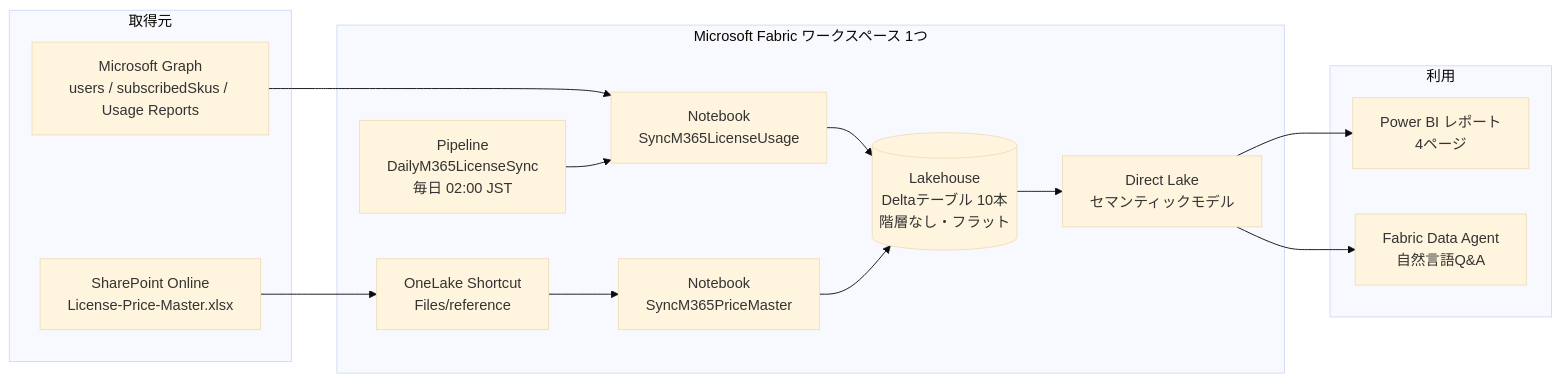
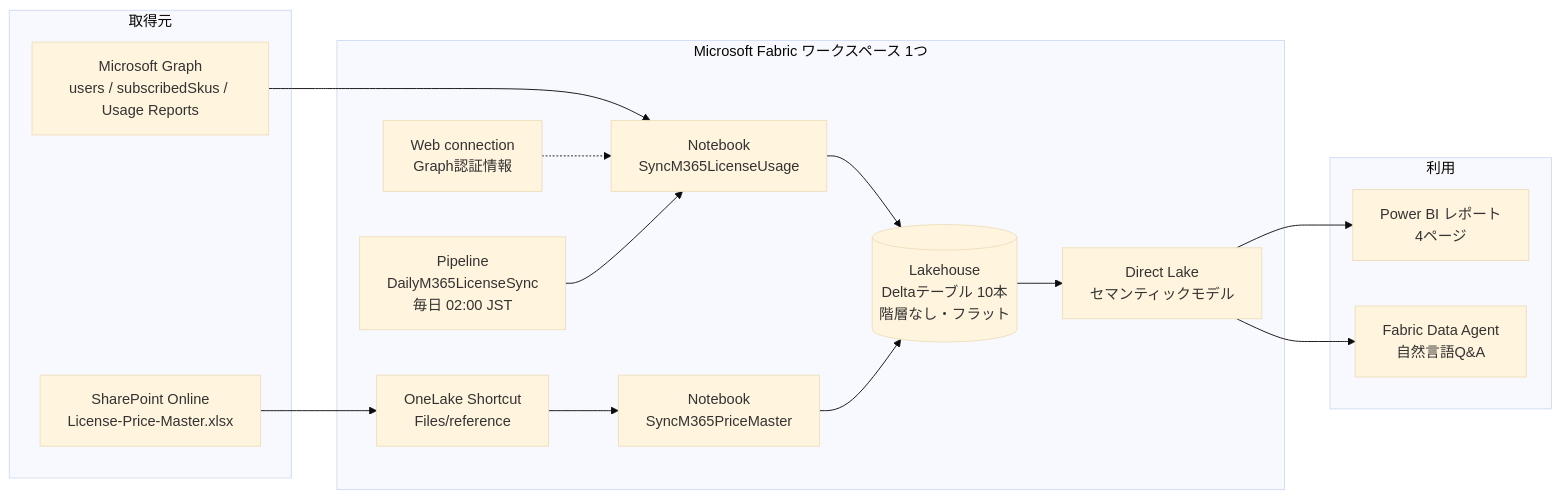
The diagram in README.md (pcmn1000/m365-license-finops-reference), drawn with Mermaid (base theme) before and after one commit. The commit also changed other lines of this file and 8 other files, not shown here.

Commit message:
Replace Key Vault with Fabric Graph connection

````diff
--- a/README.md
+++ b/README.md
@@ -37,27 +37,29 @@
 ```mermaid
 flowchart LR
     subgraph SRC["取得元"]
         GRAPH["Microsoft Graph<br/>users / subscribedSkus / Usage Reports"]
         SPO["SharePoint Online<br/>License-Price-Master.xlsx"]
     end
 
     subgraph FABRIC["Microsoft Fabric ワークスペース 1つ"]
         NB1["Notebook<br/>SyncM365LicenseUsage"]
         NB2["Notebook<br/>SyncM365PriceMaster"]
+        CONN["Web connection<br/>Graph認証情報"]
         SC["OneLake Shortcut<br/>Files/reference"]
         LH[("Lakehouse<br/>Deltaテーブル 10本<br/>階層なし・フラット")]
         PIPE["Pipeline<br/>DailyM365LicenseSync<br/>毎日 02:00 JST"]
         MODEL["Direct Lake<br/>セマンティックモデル"]
     end
 
     subgraph USE["利用"]
         PBI["Power BI レポート<br/>4ページ"]
         AGENT["Fabric Data Agent<br/>自然言語Q&A"]
     end
 
     GRAPH --> NB1 --> LH
+    CONN -.-> NB1
     SPO --> SC --> NB2 --> LH
     PIPE --> NB1
     LH --> MODEL --> PBI
     MODEL --> AGENT
 ```
````
